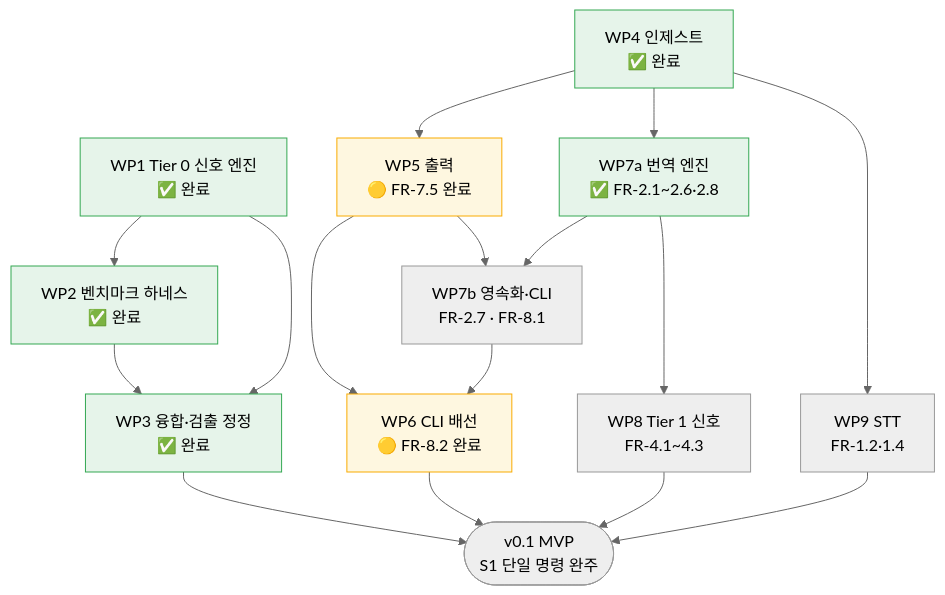
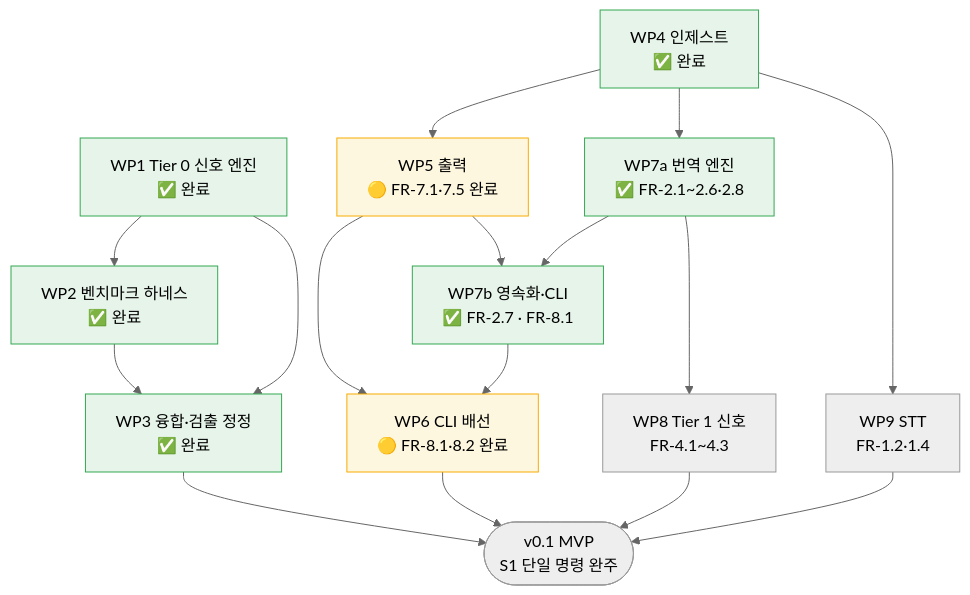
One commit to withwooyong/cuesift changed the diagram in docs/WBS.md. Above: the diagram before and after it, drawn with Mermaid (neutral theme). The commit also changed other lines of this file and 26 other files, not shown here.

First line of the commit message:
기능: WP7b 번역 영속화·CLI — cuesift translate 배선 (FR-2.7, FR-7.1, FR-8.1) (#6)

````diff
--- a/docs/WBS.md
+++ b/docs/WBS.md
@@ -80,38 +80,39 @@
 ```mermaid
 flowchart TD
     WP1["WP1 Tier 0 신호 엔진<br/>✅ 완료"]
     WP2["WP2 벤치마크 하네스<br/>✅ 완료"]
     WP3["WP3 융합·검출 정정<br/>✅ 완료"]
     WP4["WP4 인제스트<br/>✅ 완료"]
-    WP5["WP5 출력<br/>🟡 FR-7.5 완료"]
-    WP6["WP6 CLI 배선<br/>🟡 FR-8.2 완료"]
+    WP5["WP5 출력<br/>🟡 FR-7.1·7.5 완료"]
+    WP6["WP6 CLI 배선<br/>🟡 FR-8.1·8.2 완료"]
     WP7A["WP7a 번역 엔진<br/>✅ FR-2.1~2.6·2.8"]
-    WP7B["WP7b 영속화·CLI<br/>FR-2.7 · FR-8.1"]
+    WP7B["WP7b 영속화·CLI<br/>✅ FR-2.7 · FR-8.1"]
     WP8["WP8 Tier 1 신호<br/>FR-4.1~4.3"]
     WP9["WP9 STT<br/>FR-1.2·1.4"]
     V01(["v0.1 MVP<br/>S1 단일 명령 완주"])
 
     WP1 --> WP2
     WP1 --> WP3
     WP2 --> WP3
     WP4 --> WP5
     WP4 --> WP7A
     WP4 --> WP9
     WP5 --> WP6
     WP7A --> WP7B
     WP7A --> WP8
     WP5 --> WP7B
     WP7B --> WP6
     WP8 --> V01
     WP9 --> V01
     WP6 --> V01
     WP3 --> V01
 
     style WP1 fill:#e6f4ea,stroke:#34a853
     style WP2 fill:#e6f4ea,stroke:#34a853
     style WP3 fill:#e6f4ea,stroke:#34a853
     style WP4 fill:#e6f4ea,stroke:#34a853
     style WP7A fill:#e6f4ea,stroke:#34a853
+    style WP7B fill:#e6f4ea,stroke:#34a853
     style WP5 fill:#fef7e0,stroke:#f9ab00
     style WP6 fill:#fef7e0,stroke:#f9ab00
 ```
````
